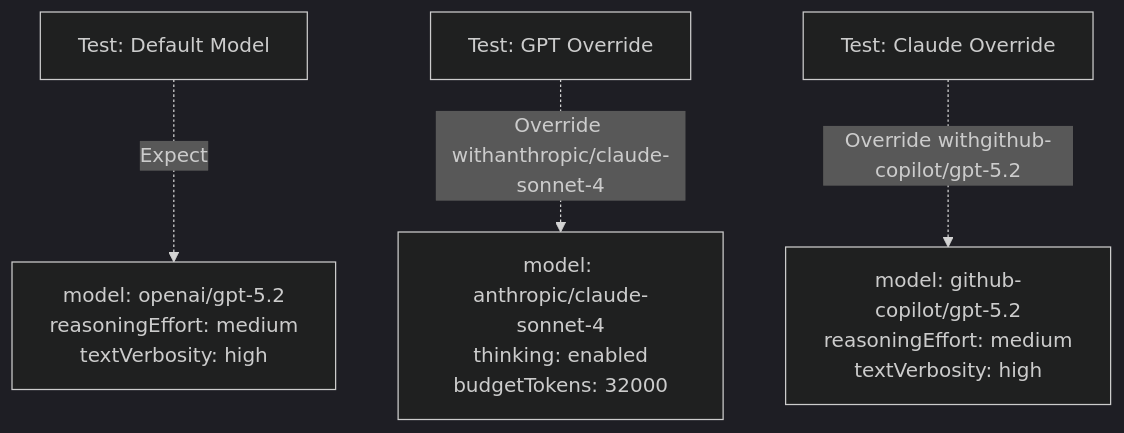
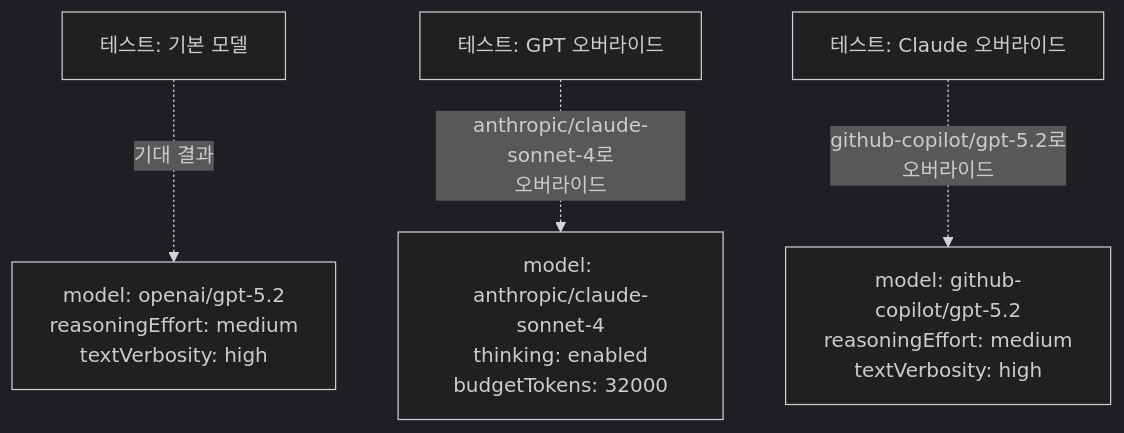
Before and after one commit to felipetruman/oh-my-opencode-docs: diagram 11 of 11 in docs/agents/oracle-agent.md, drawn with Mermaid (dark theme). The commit also changed other lines of this file and 76 other files, not shown here.

````diff
--- a/docs/agents/oracle-agent.md
+++ b/docs/agents/oracle-agent.md
@@ -601,14 +601,14 @@
 ```mermaid
 flowchart TD
 
-Test1["Test: Default Model"]
-Test2["Test: GPT Override"]
-Test3["Test: Claude Override"]
+Test1["테스트: 기본 모델"]
+Test2["테스트: GPT 오버라이드"]
+Test3["테스트: Claude 오버라이드"]
 Result1["model: openai/gpt-5.2<br>reasoningEffort: medium<br>textVerbosity: high"]
 Result2["model: anthropic/claude-sonnet-4<br>thinking: enabled<br>budgetTokens: 32000"]
 Result3["model: github-copilot/gpt-5.2<br>reasoningEffort: medium<br>textVerbosity: high"]
 
-Test1 -.->|"Expect"| Result1
-Test2 -.->|"Override withanthropic/claude-sonnet-4"| Result2
-Test3 -.->|"Override withgithub-copilot/gpt-5.2"| Result3
+Test1 -.->|"기대 결과"| Result1
+Test2 -.->|"anthropic/claude-sonnet-4로<br>오버라이드"| Result2
+Test3 -.->|"github-copilot/gpt-5.2로<br>오버라이드"| Result3
 ```
````
